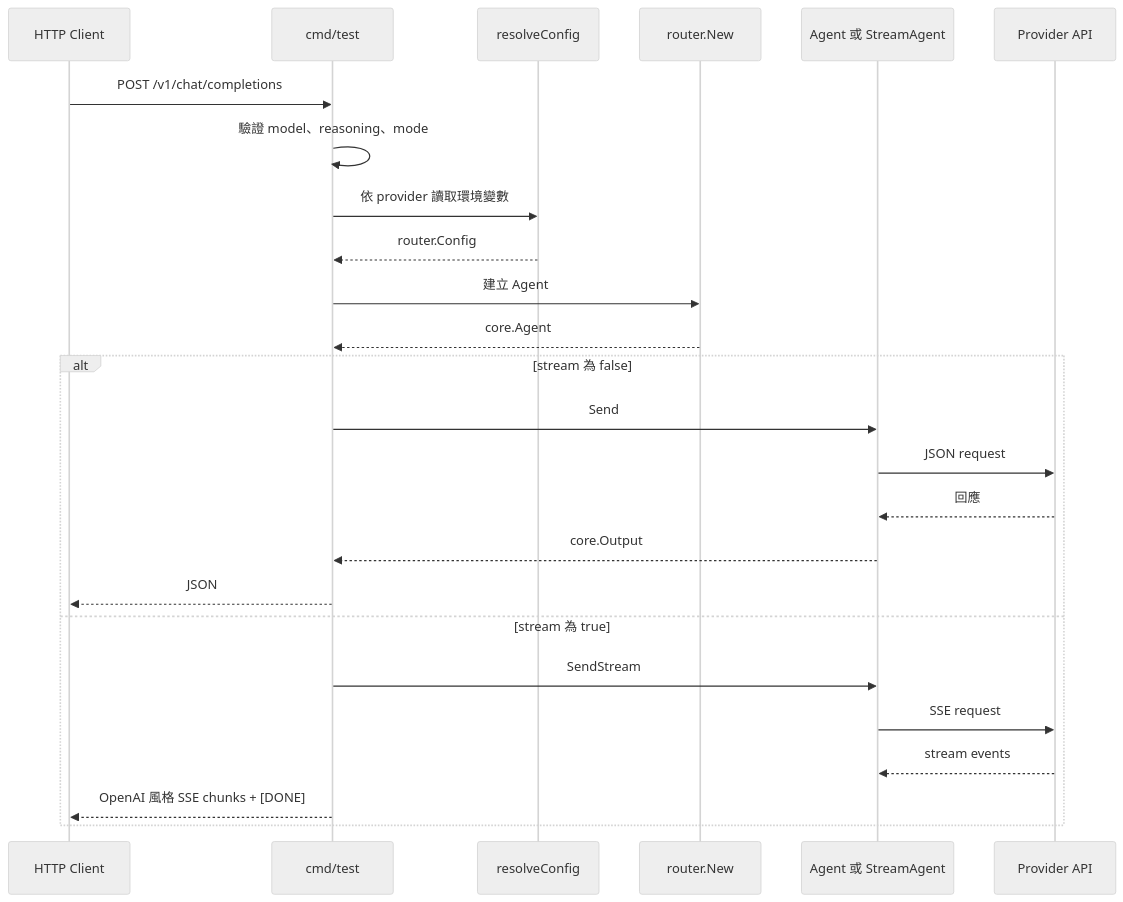
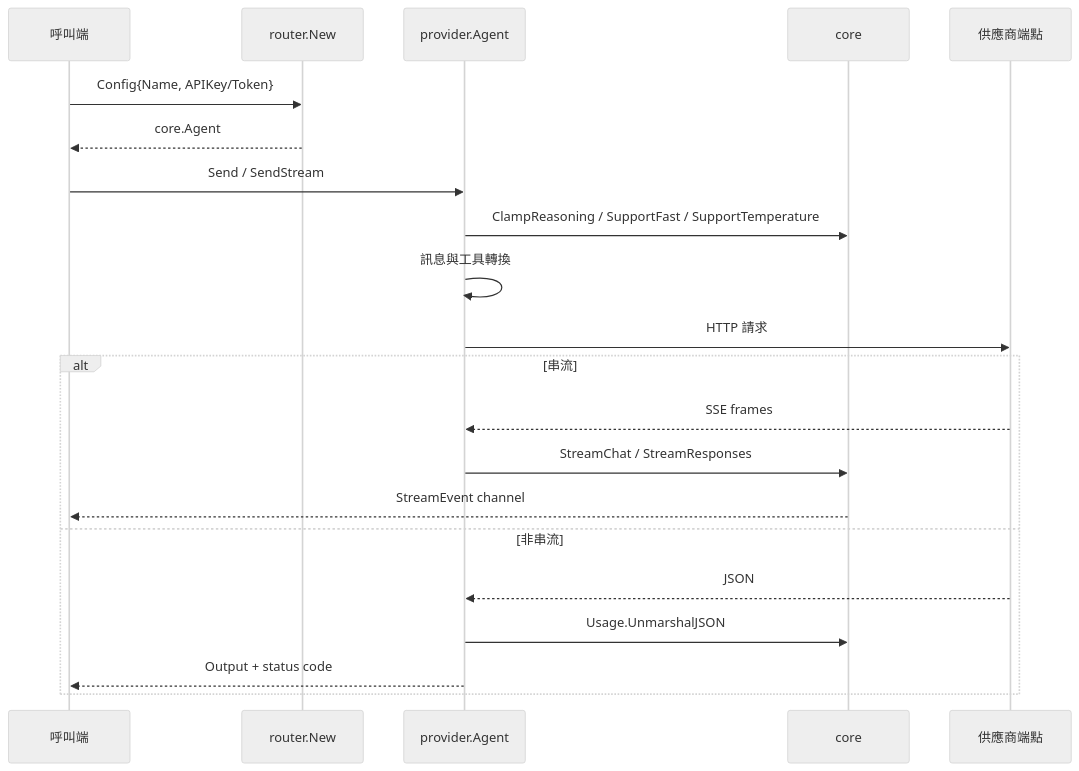
Before and after one commit to pardnchiu/go-llm-router: the ninth of 11 diagrams in doc/architecture.zh.md, drawn with Mermaid (neutral theme). The commit also changed other lines of this file and 5 other files, not shown here.

Commit message:
doc: Rewrite documentation for the current router architecture

````diff
--- a/doc/architecture.zh.md
+++ b/doc/architecture.zh.md
@@ -315,28 +197,24 @@
 ```mermaid
 sequenceDiagram
-    participant Client as HTTP Client
-    participant Server as cmd/test
-    participant Config as resolveConfig
+    participant Caller as 呼叫端
     participant Router as router.New
-    participant Agent as Agent 或 StreamAgent
-    participant API as Provider API
+    participant Agent as provider.Agent
+    participant Core as core
+    participant API as 供應商端點
 
-    Client->>Server: POST /v1/chat/completions
-    Server->>Server: 驗證 model、reasoning、mode
-    Server->>Config: 依 provider 讀取環境變數
-    Config-->>Server: router.Config
-    Server->>Router: 建立 Agent
-    Router-->>Server: core.Agent
-    alt stream 為 false
-        Server->>Agent: Send
-        Agent->>API: JSON request
-        API-->>Agent: 回應
-        Agent-->>Server: core.Output
-        Server-->>Client: JSON
-    else stream 為 true
-        Server->>Agent: SendStream
-        Agent->>API: SSE request
-        API-->>Agent: stream events
-        Server-->>Client: OpenAI 風格 SSE chunks + [DONE]
+    Caller->>Router: Config{Name, APIKey/Token}
+    Router-->>Caller: core.Agent
+    Caller->>Agent: Send / SendStream
+    Agent->>Core: ClampReasoning / SupportFast / SupportTemperature
+    Agent->>Agent: 訊息與工具轉換
+    Agent->>API: HTTP 請求
+    alt 串流
+        API-->>Agent: SSE frames
+        Agent->>Core: StreamChat / StreamResponses
+        Core-->>Caller: StreamEvent channel
+    else 非串流
+        API-->>Agent: JSON
+        Agent->>Core: Usage.UnmarshalJSON
+        Agent-->>Caller: Output + status code
     end
 ```
````
